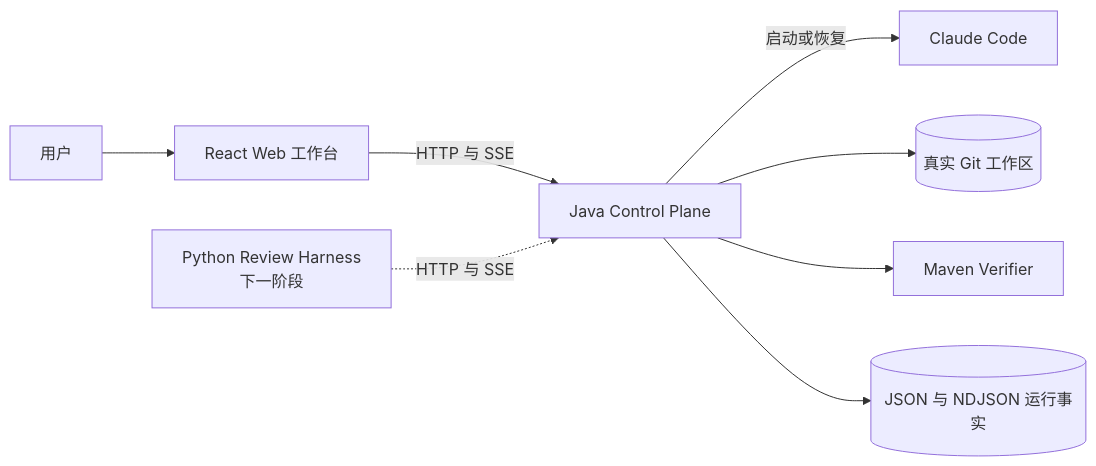
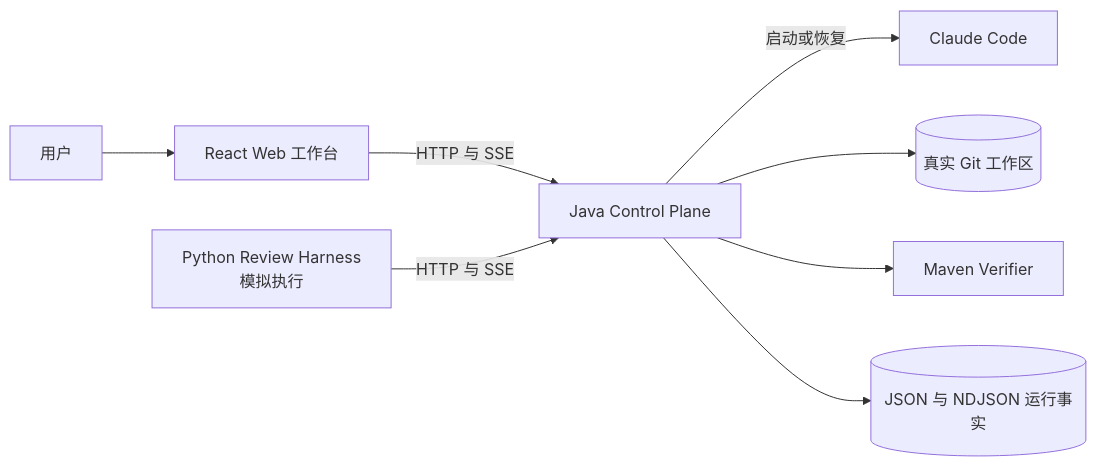
Before and after one commit to smile-gu/Code-Weave: the second of 2 diagrams in README.md, drawn with Mermaid. The commit also changed other lines of this file and 99 other files, not shown here.

````diff
--- a/README.md
+++ b/README.md
@@ -37,10 +37,10 @@
 ```mermaid
 flowchart LR
     U[用户] --> W[React Web 工作台]
     W -->|HTTP 与 SSE| J[Java Control Plane]
     J -->|启动或恢复| C[Claude Code]
     J --> G[(真实 Git 工作区)]
     J --> M[Maven Verifier]
     J --> R[(JSON 与 NDJSON 运行事实)]
-    P[Python Review Harness<br/>下一阶段] -. HTTP 与 SSE .-> J
+    P[Python Review Harness<br/>模拟执行] -- HTTP 与 SSE --> J
 ```
````
